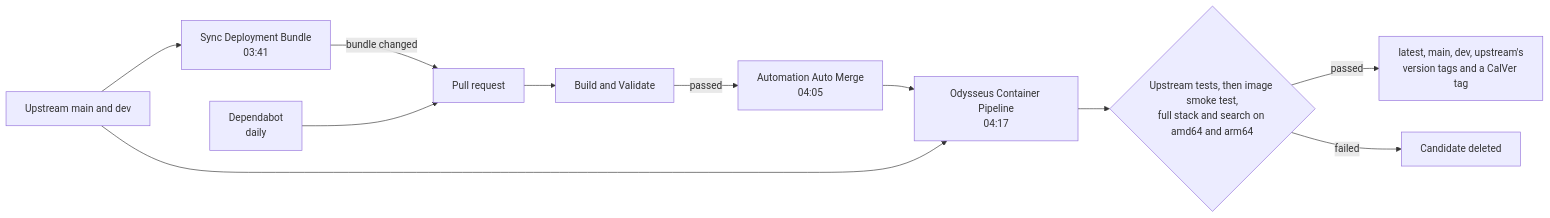
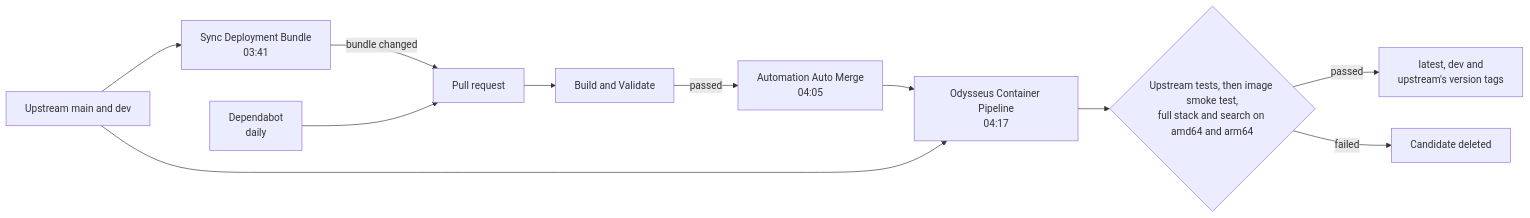
The diagram in README.md (netspeedy/odysseusai), drawn with Mermaid before and after one commit. The commit also changed other lines of this file and 12 other files, not shown here.

````diff
--- a/README.md
+++ b/README.md
@@ -104,13 +102,13 @@
 ```mermaid
 flowchart LR
   up[Upstream main and dev] --> sync[Sync Deployment Bundle<br/>03:41]
   sync -->|bundle changed| pr[Pull request]
   dep[Dependabot<br/>daily] --> pr
   pr --> validate[Build and Validate]
   validate -->|passed| merge[Automation Auto Merge<br/>04:05]
   merge --> images
   up --> images[Odysseus Container Pipeline<br/>04:17]
   images --> gates{Upstream tests, then image smoke test,<br/>full stack and search on amd64 and arm64}
-  gates -->|passed| tags[latest, main, dev, upstream's<br/>version tags and a CalVer tag]
+  gates -->|passed| tags[latest, dev and<br/>upstream's version tags]
   gates -->|failed| drop[Candidate deleted]
 ```
````
